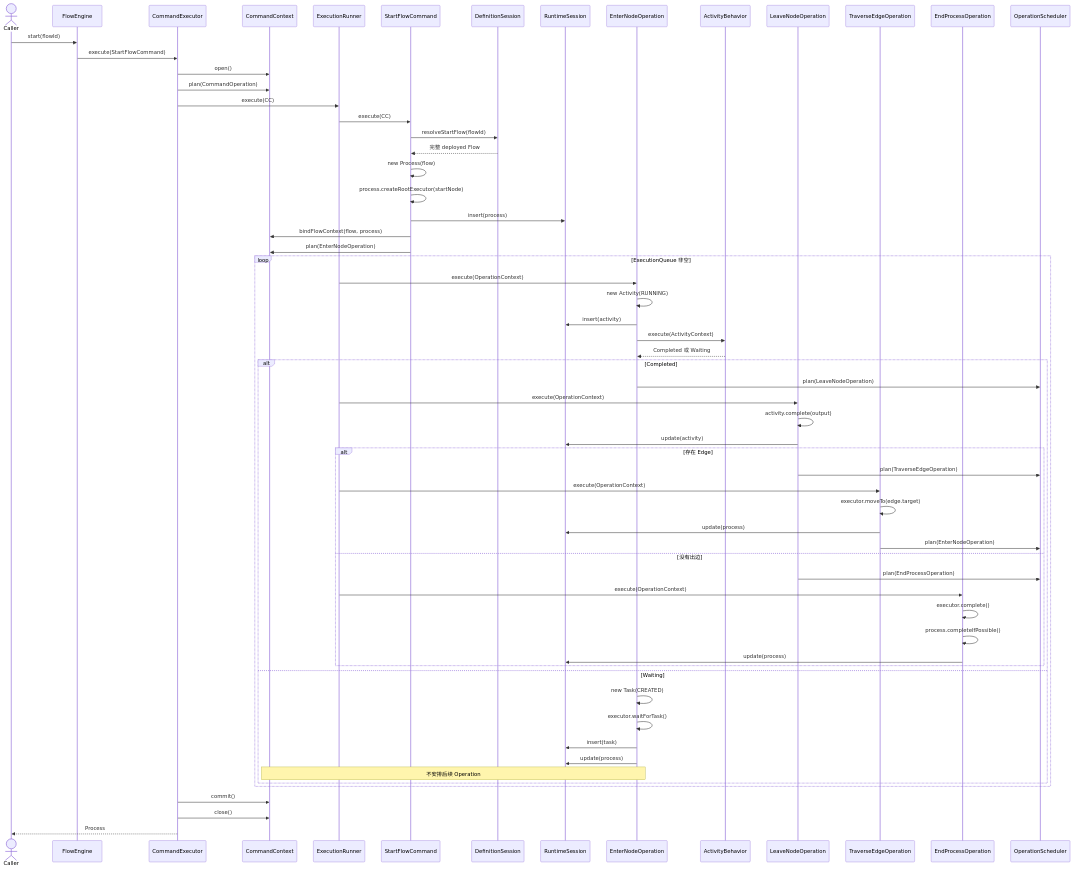
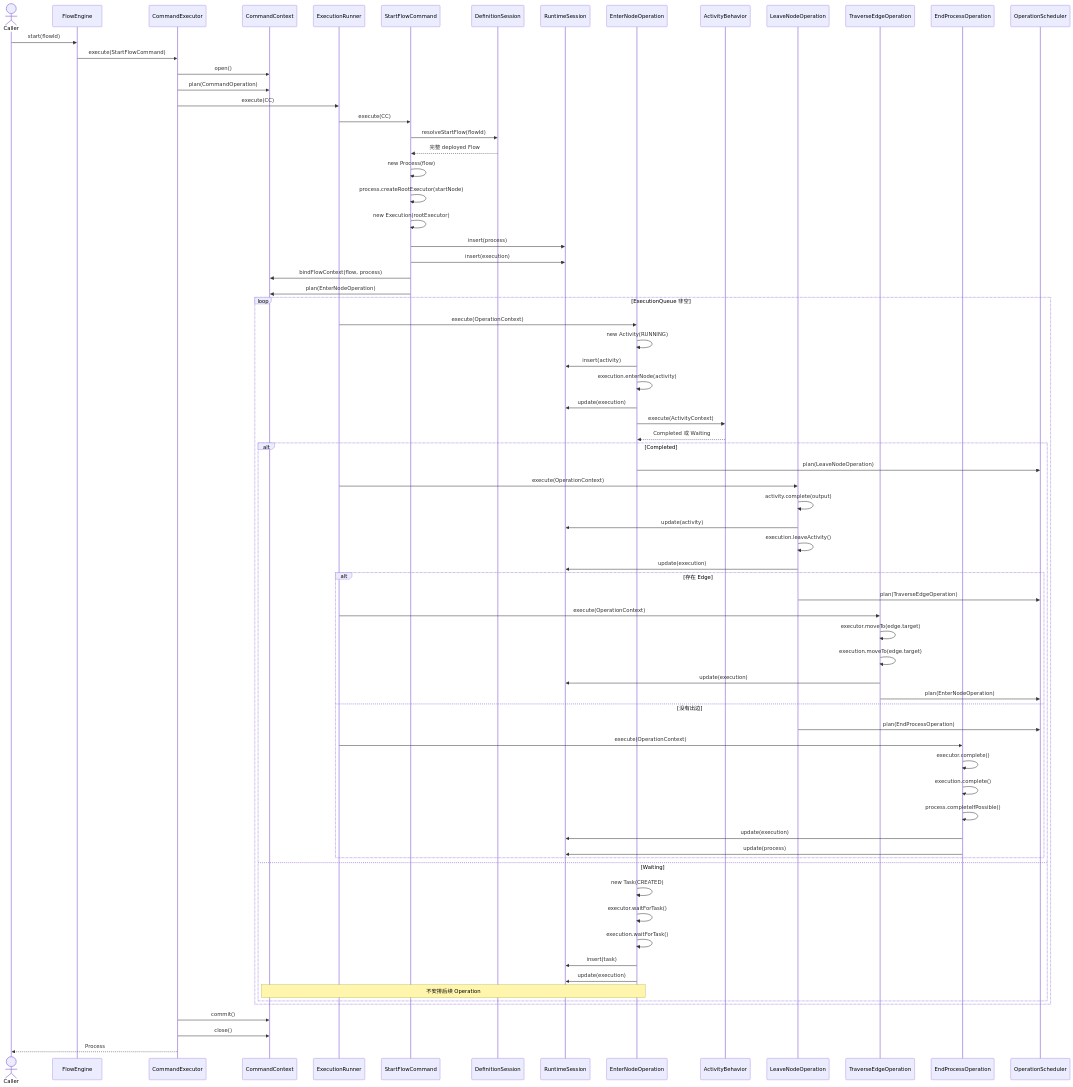
One commit to Eiddy5/flow changed the second of 3 diagrams in docs/decisions/2026-07-14-workflow-core-architecture-v2.md. Above: the diagram before and after it, drawn with Mermaid. The commit also changed other lines of this file, not shown here.

Commit message:
docs: 补充 Workflow Core V2 中 Execution 设计

````diff
--- a/docs/decisions/2026-07-14-workflow-core-architecture-v2.md
+++ b/docs/decisions/2026-07-14-workflow-core-architecture-v2.md
@@ -1121,71 +1208,81 @@
 ```mermaid
 sequenceDiagram
     actor Caller
     participant FE as FlowEngine
     participant CE as CommandExecutor
     participant CC as CommandContext
     participant ER as ExecutionRunner
     participant CMD as StartFlowCommand
     participant DS as DefinitionSession
     participant RS as RuntimeSession
     participant EN as EnterNodeOperation
     participant BEH as ActivityBehavior
     participant LV as LeaveNodeOperation
     participant TE as TraverseEdgeOperation
     participant EP as EndProcessOperation
     participant OS as OperationScheduler
 
     Caller->>FE: start(flowId)
     FE->>CE: execute(StartFlowCommand)
     CE->>CC: open()
     CE->>CC: plan(CommandOperation)
     CE->>ER: execute(CC)
 
     ER->>CMD: execute(CC)
     CMD->>DS: resolveStartFlow(flowId)
     DS-->>CMD: 完整 deployed Flow
     CMD->>CMD: new Process(flow)
     CMD->>CMD: process.createRootExecutor(startNode)
+    CMD->>CMD: new Execution(rootExecutor)
     CMD->>RS: insert(process)
+    CMD->>RS: insert(execution)
     CMD->>CC: bindFlowContext(flow, process)
     CMD->>CC: plan(EnterNodeOperation)
 
     loop ExecutionQueue 非空
         ER->>EN: execute(OperationContext)
         EN->>EN: new Activity(RUNNING)
         EN->>RS: insert(activity)
+        EN->>EN: execution.enterNode(activity)
+        EN->>RS: update(execution)
         EN->>BEH: execute(ActivityContext)
         BEH-->>EN: Completed 或 Waiting
 
         alt Completed
             EN->>OS: plan(LeaveNodeOperation)
             ER->>LV: execute(OperationContext)
             LV->>LV: activity.complete(output)
             LV->>RS: update(activity)
+            LV->>LV: execution.leaveActivity()
+            LV->>RS: update(execution)
 
             alt 存在 Edge
                 LV->>OS: plan(TraverseEdgeOperation)
                 ER->>TE: execute(OperationContext)
                 TE->>TE: executor.moveTo(edge.target)
-                TE->>RS: update(process)
+                TE->>TE: execution.moveTo(edge.target)
+                TE->>RS: update(execution)
                 TE->>OS: plan(EnterNodeOperation)
             else 没有出边
                 LV->>OS: plan(EndProcessOperation)
                 ER->>EP: execute(OperationContext)
                 EP->>EP: executor.complete()
+                EP->>EP: execution.complete()
                 EP->>EP: process.completeIfPossible()
+                EP->>RS: update(execution)
                 EP->>RS: update(process)
             end
         else Waiting
             EN->>EN: new Task(CREATED)
             EN->>EN: executor.waitForTask()
+            EN->>EN: execution.waitForTask()
             EN->>RS: insert(task)
-            EN->>RS: update(process)
+            EN->>RS: update(execution)
             Note over EN,CC: 不安排后续 Operation
         end
     end
 
     CE->>CC: commit()
     CE->>CC: close()
     CE-->>Caller: Process
 ```
````
